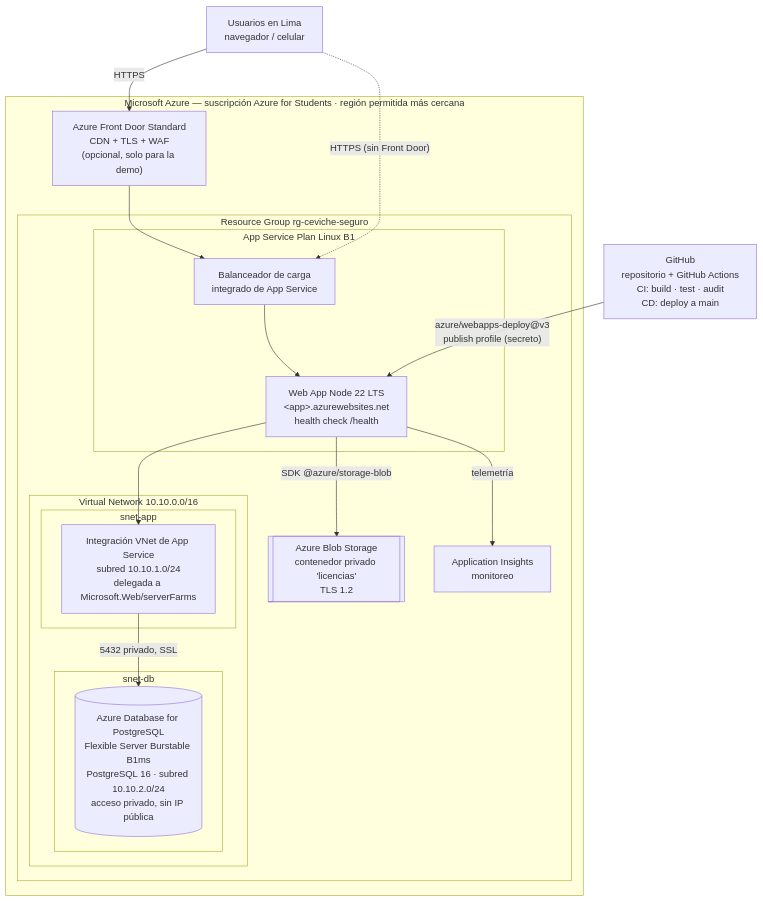
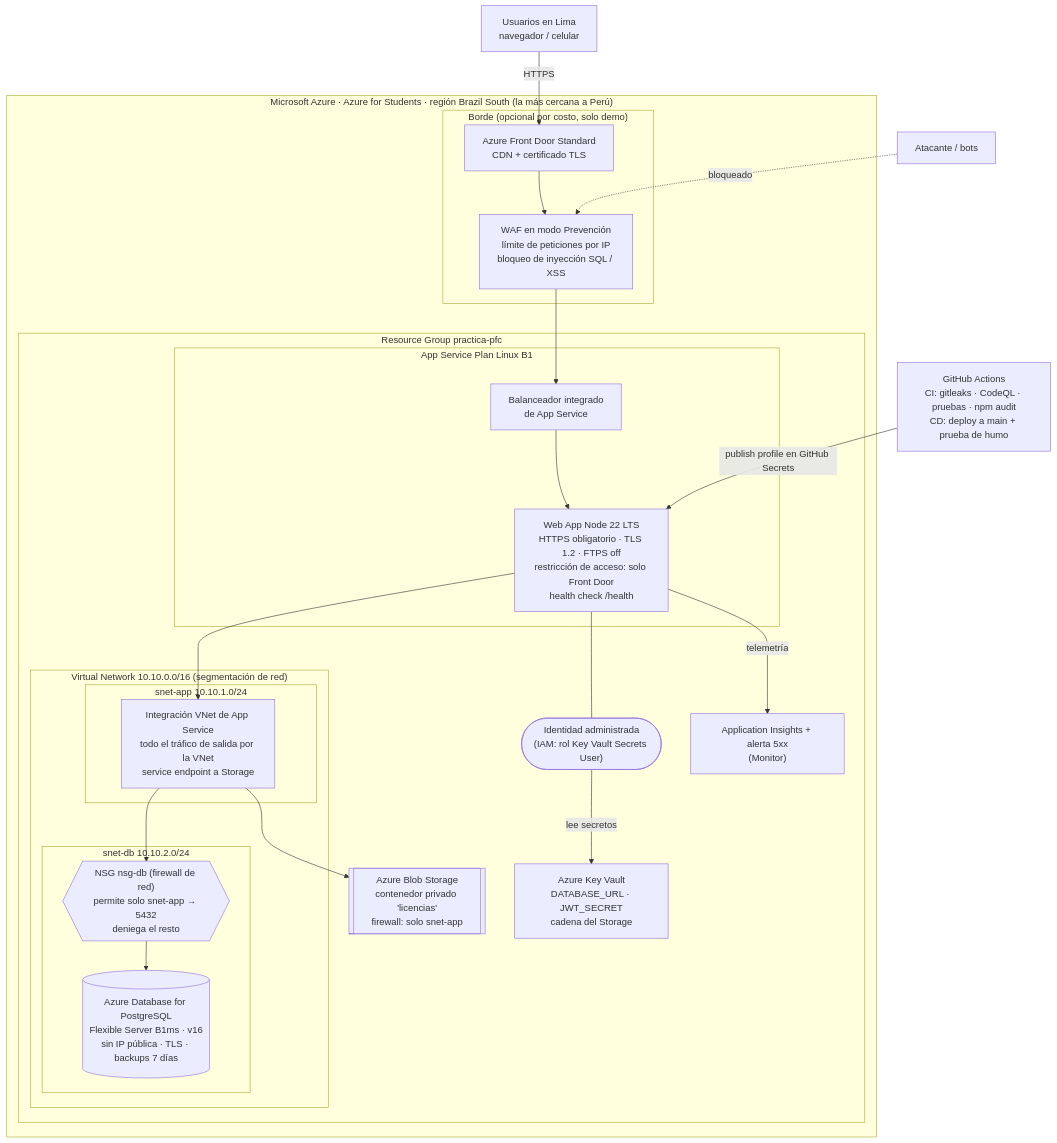
The diagram in docs/diagramas/fisica-azure.mmd (ccml1/ceviche-seguro), drawn with Mermaid before and after one commit. The commit also changed 2 other files, not shown here.

Commit message:
CS-12 docs: diagrama físico con la capa de seguridad y guía de seguridad
Claude-Session: https://claude.ai/code/session_01Y754H1WbnaGfqmgRUPQciW

```diff
--- a/docs/diagramas/fisica-azure.mmd
+++ b/docs/diagramas/fisica-azure.mmd
@@ -1,29 +1,37 @@
 flowchart TB
   USR["Usuarios en Lima<br/>navegador / celular"]
-  GH["GitHub<br/>repositorio + GitHub Actions<br/>CI: build · test · audit<br/>CD: deploy a main"]
-  subgraph AZ["Microsoft Azure — suscripción Azure for Students · región permitida más cercana"]
-    AFD["Azure Front Door Standard<br/>CDN + TLS + WAF<br/>(opcional, solo para la demo)"]
-    subgraph RG["Resource Group rg-ceviche-seguro"]
-      subgraph VNET["Virtual Network 10.10.0.0/16"]
-        subgraph S1["snet-app"]
-          VI["Integración VNet de App Service<br/>subred 10.10.1.0/24<br/>delegada a Microsoft.Web/serverFarms"]
+  ATK["Atacante / bots"]
+  GH["GitHub Actions<br/>CI: gitleaks · CodeQL · pruebas · npm audit<br/>CD: deploy a main + prueba de humo"]
+  subgraph AZ["Microsoft Azure · Azure for Students · región Brazil South (la más cercana a Perú)"]
+    subgraph EDGE["Borde (opcional por costo, solo demo)"]
+      AFD["Azure Front Door Standard<br/>CDN + certificado TLS"]
+      WAF["WAF en modo Prevención<br/>límite de peticiones por IP<br/>bloqueo de inyección SQL / XSS"]
+    end
+    subgraph RG["Resource Group practica-pfc"]
+      subgraph VNET["Virtual Network 10.10.0.0/16 (segmentación de red)"]
+        subgraph S1["snet-app 10.10.1.0/24"]
+          VI["Integración VNet de App Service<br/>todo el tráfico de salida por la VNet<br/>service endpoint a Storage"]
         end
-        subgraph S2["snet-db"]
-          PG[("Azure Database for PostgreSQL<br/>Flexible Server Burstable B1ms<br/>PostgreSQL 16 · subred 10.10.2.0/24<br/>acceso privado, sin IP pública")]
+        subgraph S2["snet-db 10.10.2.0/24"]
+          NSG{{"NSG nsg-db (firewall de red)<br/>permite solo snet-app → 5432<br/>deniega el resto"}}
+          PG[("Azure Database for PostgreSQL<br/>Flexible Server B1ms · v16<br/>sin IP pública · TLS · backups 7 días")]
         end
       end
       subgraph ASP["App Service Plan Linux B1"]
-        LB["Balanceador de carga<br/>integrado de App Service"]
-        APP["Web App Node 22 LTS<br/>&lt;app&gt;.azurewebsites.net<br/>health check /health"]
+        LB["Balanceador integrado<br/>de App Service"]
+        APP["Web App Node 22 LTS<br/>HTTPS obligatorio · TLS 1.2 · FTPS off<br/>restricción de acceso: solo Front Door<br/>health check /health"]
       end
-      BLOB[["Azure Blob Storage<br/>contenedor privado 'licencias'<br/>TLS 1.2"]]
-      AI["Application Insights<br/>monitoreo"]
+      MI(["Identidad administrada<br/>(IAM: rol Key Vault Secrets User)"])
+      KV["Azure Key Vault<br/>DATABASE_URL · JWT_SECRET<br/>cadena del Storage"]
+      BLOB[["Azure Blob Storage<br/>contenedor privado 'licencias'<br/>firewall: solo snet-app"]]
+      AI["Application Insights + alerta 5xx<br/>(Monitor)"]
     end
   end
-  USR -- HTTPS --> AFD --> LB
-  USR -. "HTTPS (sin Front Door)" .-> LB
+  USR -- HTTPS --> AFD --> WAF --> LB
+  ATK -. bloqueado .-> WAF
   LB --> APP
-  APP --> VI -- "5432 privado, SSL" --> PG
-  APP -- "SDK @azure/storage-blob" --> BLOB
+  APP --> VI --> NSG --> PG
+  VI --> BLOB
+  APP --- MI -- "lee secretos" --> KV
   APP -- telemetría --> AI
-  GH -- "azure/webapps-deploy@v3<br/>publish profile (secreto)" --> APP
+  GH -- "publish profile en GitHub Secrets" --> APP
```
